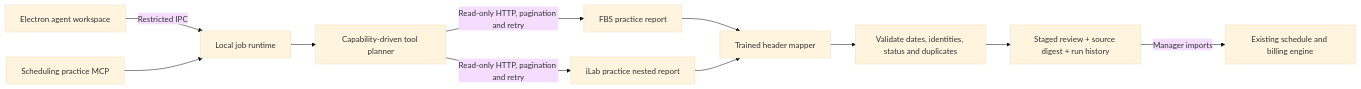
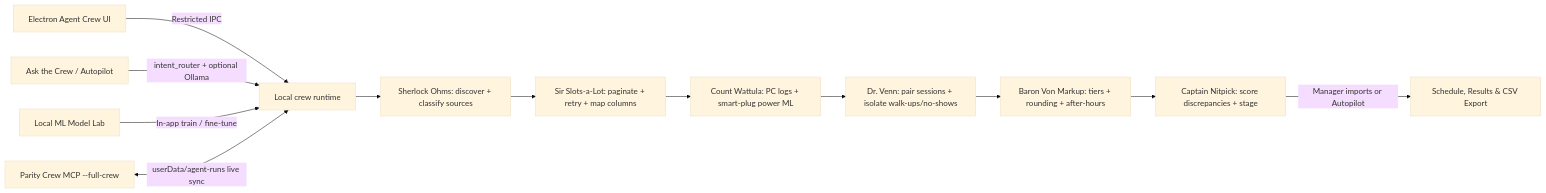
One commit to bryanzhao08/labmeter-demo changed the diagram in agent/README.md. Above: the diagram before and after it, drawn with Mermaid (base theme). The commit also changed other lines of this file and 23 other files, not shown here.

Commit message:
Parity 1.1.0: selectable 6-agent crew, 7 trained ML models, local Ollama option, and live-synced MCP

````diff
--- a/agent/README.md
+++ b/agent/README.md
@@ -9,13 +17,14 @@
 ```mermaid
 flowchart LR
- UI[Electron agent workspace] -->|Restricted IPC| J[Local job runtime]
- J --> P[Capability-driven tool planner]
- P -->|Read-only HTTP, pagination and retry| F[FBS practice report]
- P -->|Read-only HTTP, pagination and retry| I[iLab practice nested report]
- F --> M[Trained header mapper]
- I --> M
- M --> V[Validate dates, identities, status and duplicates]
- V --> R[Staged review + source digest + run history]
- R -->|Manager imports| B[Existing schedule and billing engine]
- MCP[Scheduling practice MCP] --> J
+ UI[Electron Agent Crew UI] -->|Restricted IPC| R[Local crew runtime]
+ ASK[Ask the Crew / Autopilot] -->|intent_router + optional Ollama| R
+ R --> S[Sherlock Ohms: discover + classify sources]
+ S --> L[Sir Slots-a-Lot: paginate + retry + map columns]
+ L --> T[Count Wattula: PC logs + smart-plug power ML]
+ T --> M[Dr. Venn: pair sessions + isolate walk-ups/no-shows]
+ M --> P[Baron Von Markup: tiers + rounding + after-hours]
+ P --> A[Captain Nitpick: score discrepancies + stage]
+ A -->|Manager imports or Autopilot| B[Schedule, Results & CSV Export]
+ TR[Local ML Model Lab] -->|In-app train / fine-tune| R
+ MCP[Parity Crew MCP --full-crew] <-->|userData/agent-runs live sync| R
 ```
````
